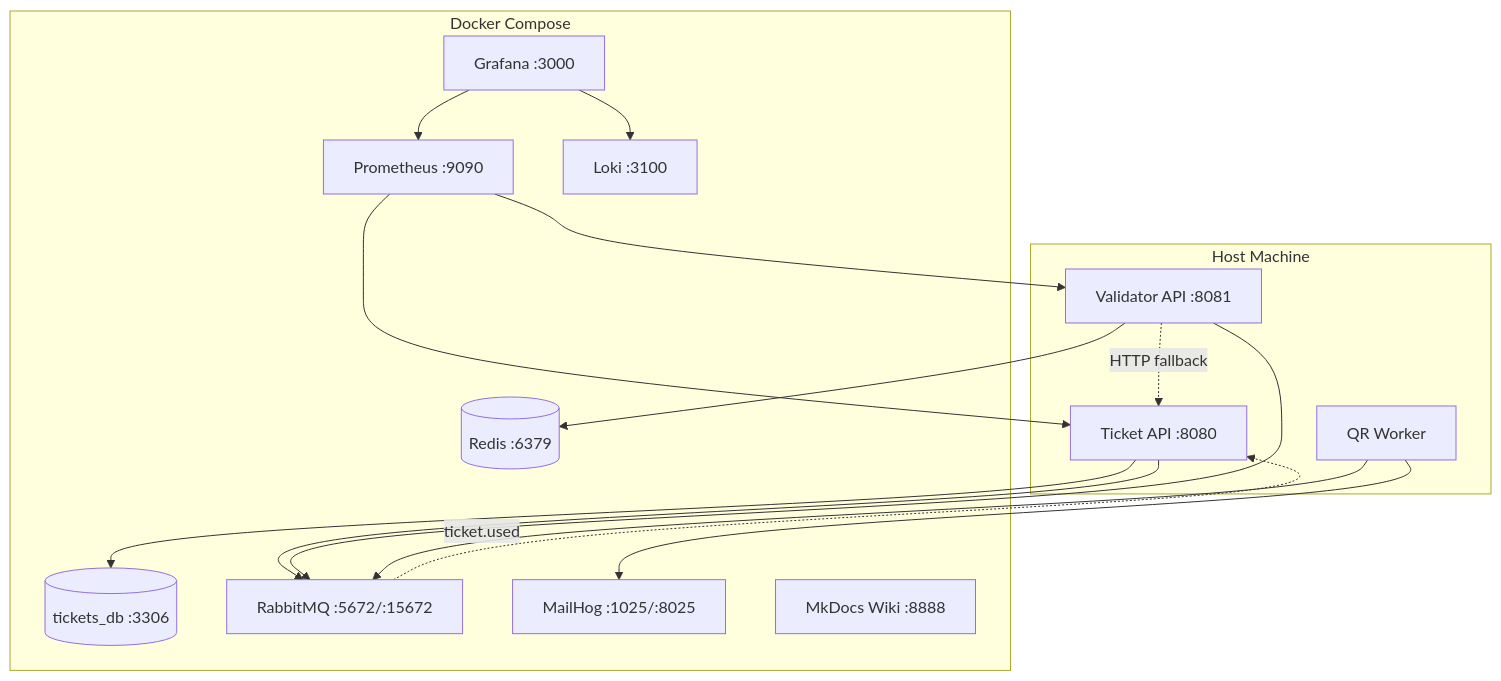
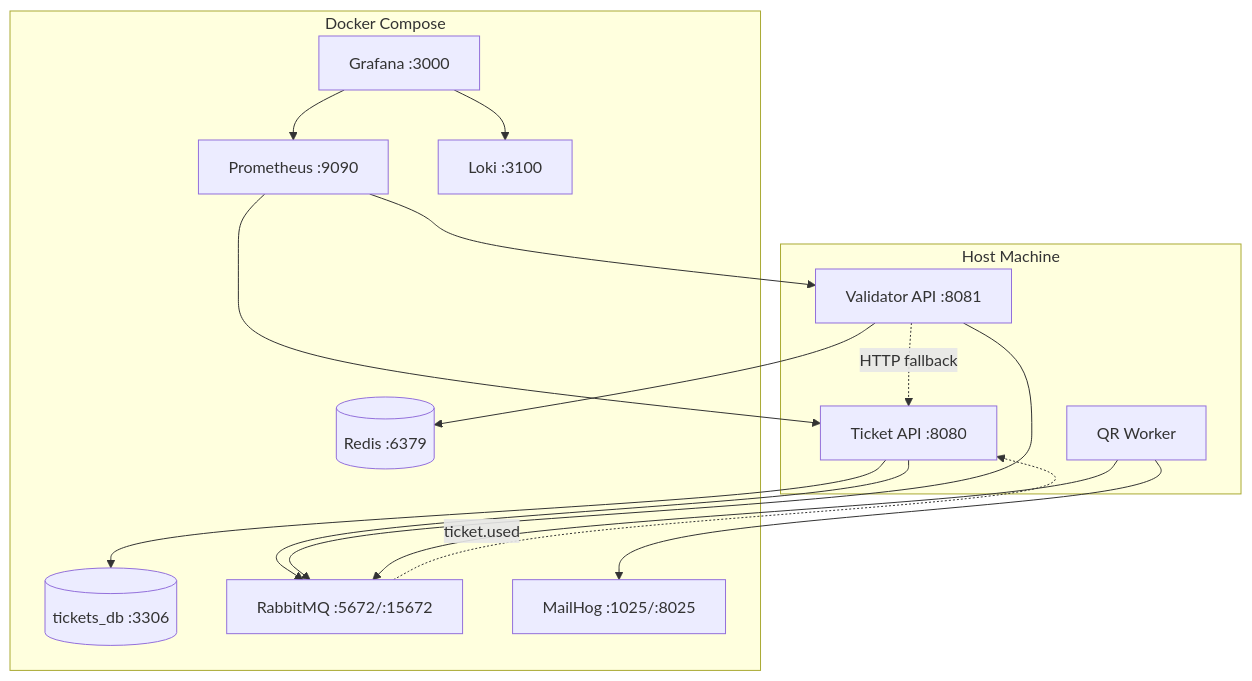
One commit to irinaponzi/qr-ticketing-docs changed the diagram in docs/infrastructure/docker.md. Above: the diagram before and after it, drawn with Mermaid. The commit also changed other lines of this file and 1 other file, not shown here.

Commit message:
fix: remove wiki service from docker.md and add mkdocs-static-i18n to requirements (#2)

````diff
--- a/docs/infrastructure/docker.md
+++ b/docs/infrastructure/docker.md
@@ -9,32 +9,31 @@
 ```mermaid
 graph TB
     subgraph "Host Machine"
         TA[Ticket API :8080]
         VA[Validator API :8081]
         QW[QR Worker]
     end
 
     subgraph "Docker Compose"
         DB1[(tickets_db :3306)]
         RD[(Redis :6379)]
         RMQ[RabbitMQ :5672/:15672]
         MH[MailHog :1025/:8025]
         PR[Prometheus :9090]
         LK[Loki :3100]
         GF[Grafana :3000]
-        WIKI[MkDocs Wiki :8888]
     end
 
     TA --> DB1
     TA --> RMQ
     RMQ -.->|ticket.used| TA
     VA --> RD
     VA --> RMQ
     VA -.->|HTTP fallback| TA
     QW --> RMQ
     QW --> MH
     PR --> TA
     PR --> VA
     GF --> PR
     GF --> LK
 ```
````
